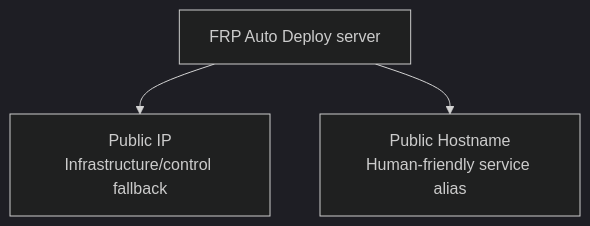
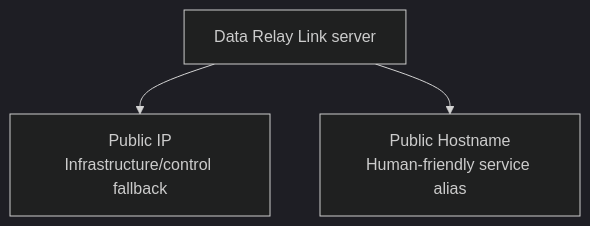
The first of 4 diagrams in deployment/dns-hostname.mdx (datarelay-labs/data-relay-link-docs), drawn with Mermaid (dark theme) before and after one commit. The commit also changed other lines of this file and 36 other files, not shown here.

````diff
--- a/deployment/dns-hostname.mdx
+++ b/deployment/dns-hostname.mdx
@@ -10,8 +10,8 @@
 ```mermaid
 flowchart TD
-    S[FRP Auto Deploy server]
+    S[Data Relay Link server]
     IP[Public IP\nInfrastructure/control fallback]
     DNS[Public Hostname\nHuman-friendly service alias]
     S --> IP
     S --> DNS
 ```
````
